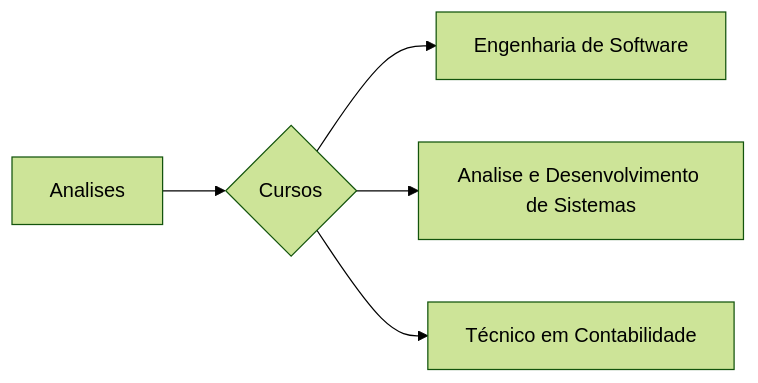
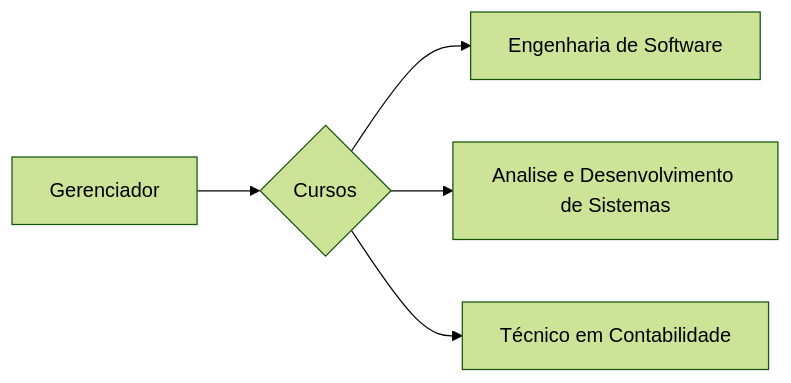
The diagram in readme.md (SauloCandeira/project-courses), drawn with Mermaid (forest theme) before and after one commit. The commit also changed other lines of this file, not shown here.

````diff
--- a/readme.md
+++ b/readme.md
@@ -22,10 +19,10 @@
 ```mermaid
 flowchart LR
 
-B[Analises]
+B[Gerenciador]
 
 B --> C{Cursos}
 C --> J[Engenharia de Software]
 C --> K[Analise e Desenvolvimento de Sistemas]
 C --> L[Técnico em Contabilidade]
 ```
````
